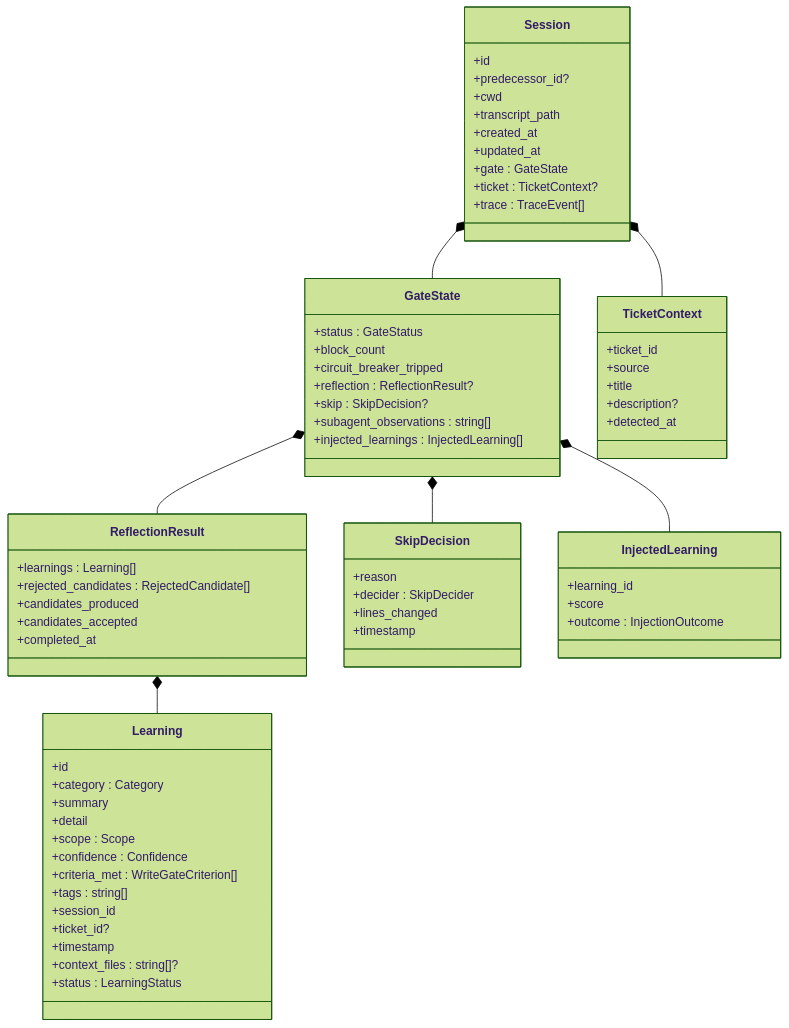
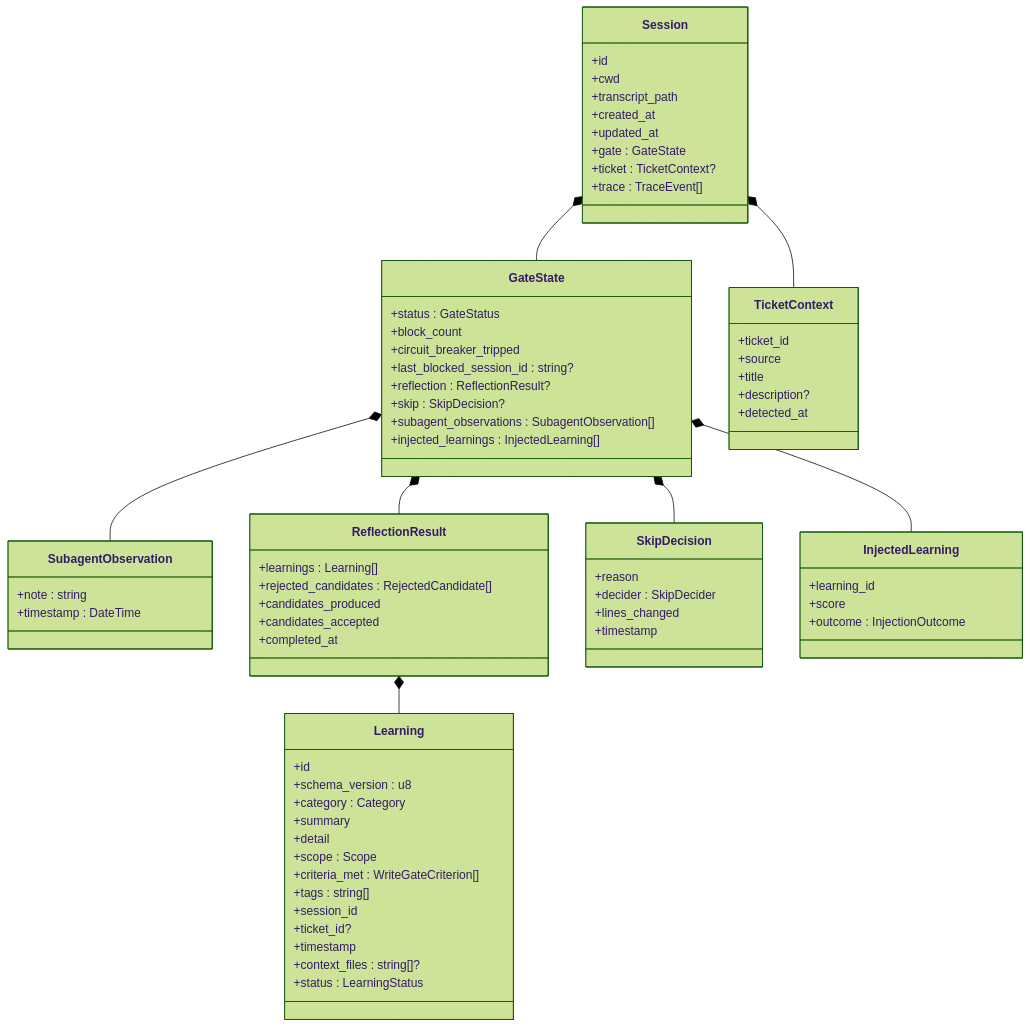
One commit to bivory/grove changed the second of 11 diagrams in design/01-architecture.md. Above: the diagram before and after it, drawn with Mermaid (forest theme). The commit also changed other lines of this file and 17 other files, not shown here.

````diff
--- a/design/01-architecture.md
+++ b/design/01-architecture.md
@@ -61,76 +61,82 @@
 ```mermaid
 classDiagram
     class Session {
         +id
-        +predecessor_id?
         +cwd
         +transcript_path
         +created_at
         +updated_at
         +gate : GateState
         +ticket : TicketContext?
         +trace : TraceEvent[]
     }
 
     class GateState {
         +status : GateStatus
         +block_count
         +circuit_breaker_tripped
+        +last_blocked_session_id : string?
         +reflection : ReflectionResult?
         +skip : SkipDecision?
-        +subagent_observations : string[]
+        +subagent_observations : SubagentObservation[]
         +injected_learnings : InjectedLearning[]
+    }
+
+    class SubagentObservation {
+        +note : string
+        +timestamp : DateTime
     }
 
     class TicketContext {
         +ticket_id
         +source
         +title
         +description?
         +detected_at
     }
 
     class ReflectionResult {
         +learnings : Learning[]
         +rejected_candidates : RejectedCandidate[]
         +candidates_produced
         +candidates_accepted
         +completed_at
     }
 
     class Learning {
         +id
+        +schema_version : u8
         +category : Category
         +summary
         +detail
         +scope : Scope
-        +confidence : Confidence
         +criteria_met : WriteGateCriterion[]
         +tags : string[]
         +session_id
         +ticket_id?
         +timestamp
         +context_files : string[]?
         +status : LearningStatus
     }
 
     class SkipDecision {
         +reason
         +decider : SkipDecider
         +lines_changed
         +timestamp
     }
 
     class InjectedLearning {
         +learning_id
         +score
         +outcome : InjectionOutcome
     }
 
     Session *-- GateState
     Session *-- TicketContext
     GateState *-- ReflectionResult
     GateState *-- SkipDecision
     GateState *-- InjectedLearning
+    GateState *-- SubagentObservation
     ReflectionResult *-- Learning
 ```
````
